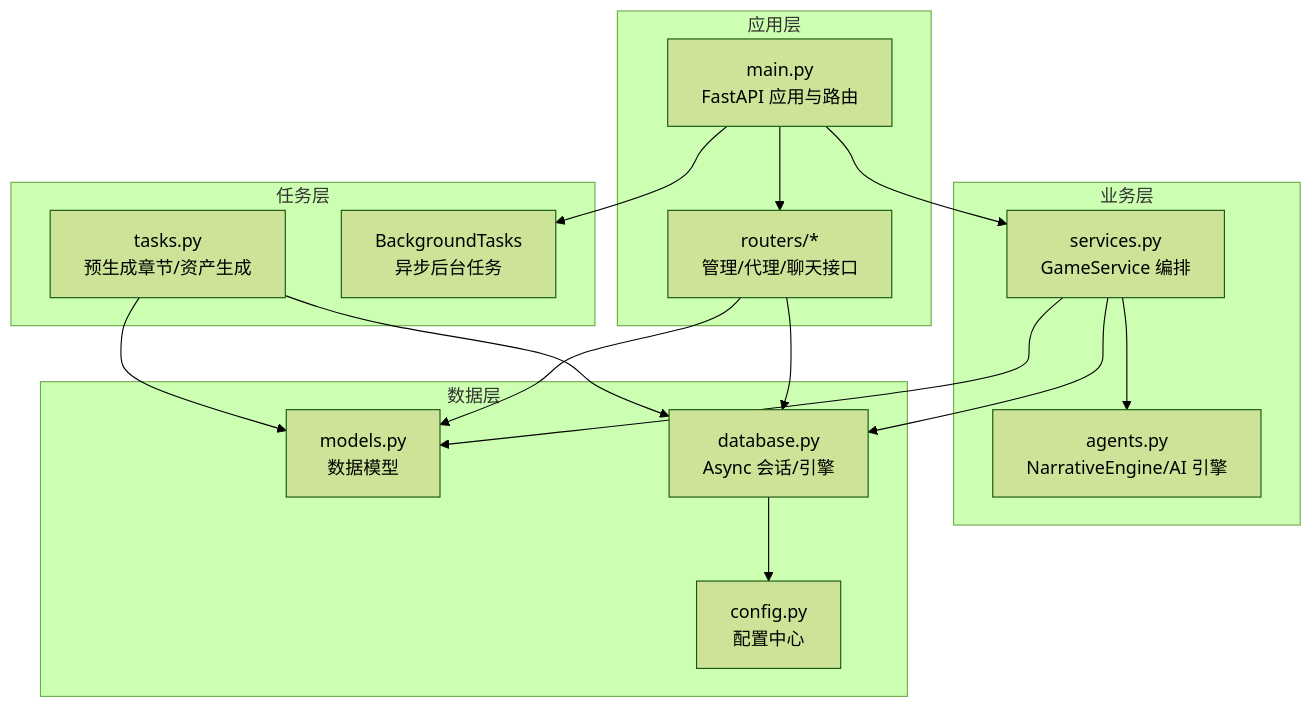
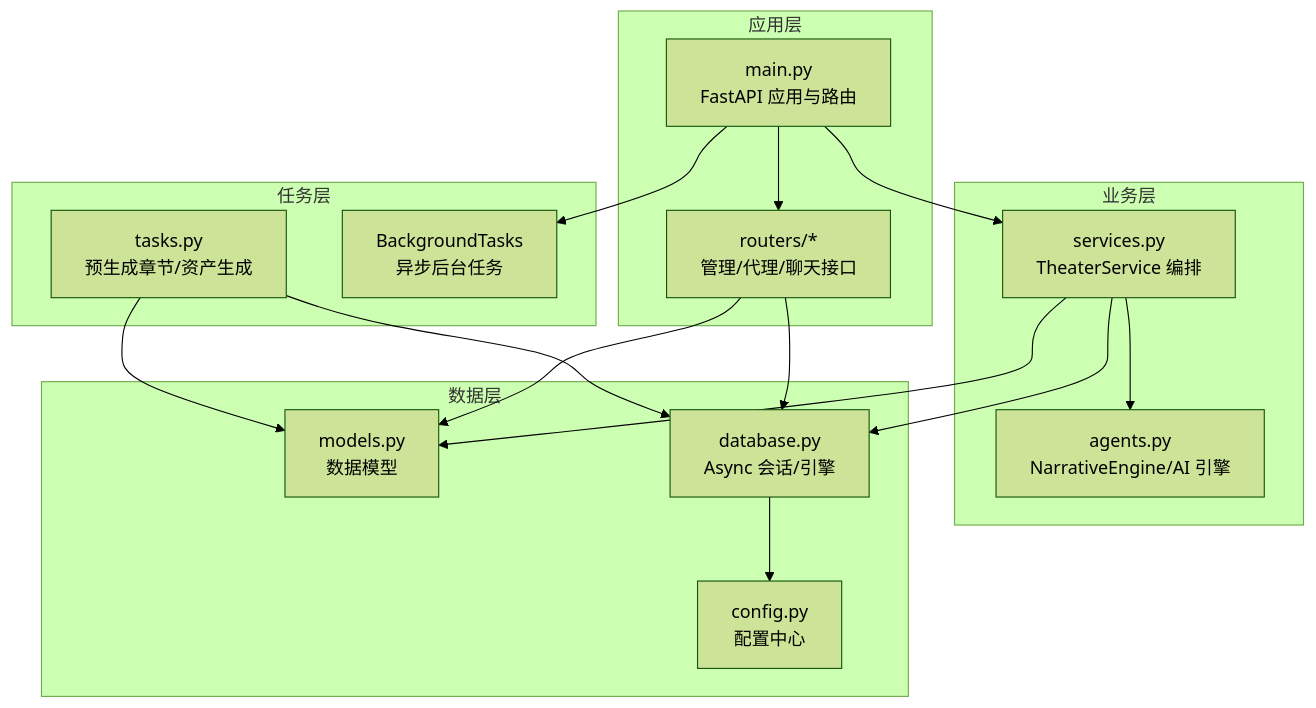
The first of 5 diagrams in .qoder/repowiki/zh/content/部署指南/后端部署/监控与维护/任务调度.md (KunLabAI/KunFlix), drawn with Mermaid (forest theme) before and after one commit. The commit also changed other lines of this file and 112 other files, not shown here.

````diff
--- a/.qoder/repowiki/zh/content/部署指南/后端部署/监控与维护/任务调度.md
+++ b/.qoder/repowiki/zh/content/部署指南/后端部署/监控与维护/任务调度.md
@@ -52,31 +52,31 @@
 ```mermaid
 graph TB
 subgraph "应用层"
 MAIN["main.py<br/>FastAPI 应用与路由"]
 ROUTERS["routers/*<br/>管理/代理/聊天接口"]
 end
 subgraph "业务层"
-SERVICES["services.py<br/>GameService 编排"]
+SERVICES["services.py<br/>TheaterService 编排"]
 AGENTS["agents.py<br/>NarrativeEngine/AI 引擎"]
 end
 subgraph "任务层"
 TASKS["tasks.py<br/>预生成章节/资产生成"]
 BG["BackgroundTasks<br/>异步后台任务"]
 end
 subgraph "数据层"
 MODELS["models.py<br/>数据模型"]
 DB["database.py<br/>Async 会话/引擎"]
 CONFIG["config.py<br/>配置中心"]
 end
 MAIN --> ROUTERS
 MAIN --> SERVICES
 MAIN --> BG
 SERVICES --> AGENTS
 SERVICES --> MODELS
 SERVICES --> DB
 TASKS --> MODELS
 TASKS --> DB
 ROUTERS --> MODELS
 ROUTERS --> DB
 DB --> CONFIG
 ```
````
